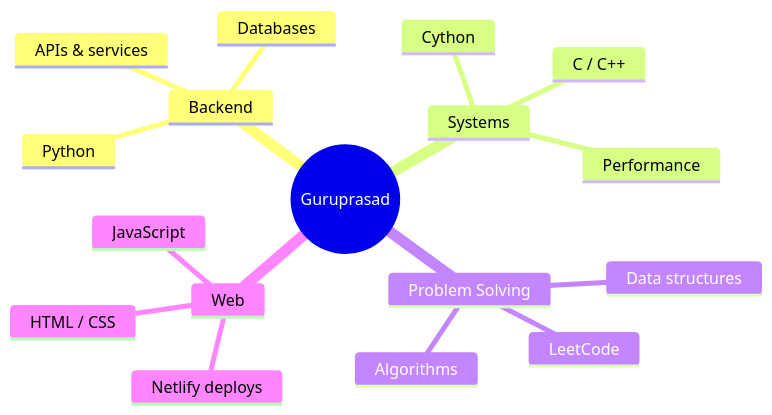
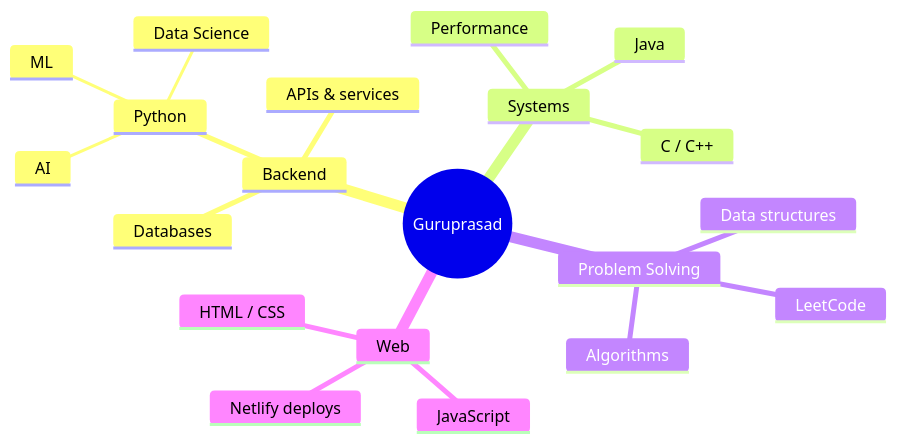
One commit to GURUPRASAD178/GURUPRASAD178 changed the diagram in README.md. Above: the diagram before and after it, drawn with Mermaid.

````diff
--- a/README.md
+++ b/README.md
@@ -65,20 +65,23 @@
 ```mermaid
 mindmap
   root((Guruprasad))
     Backend
       APIs & services
       Databases
       Python
+          AI
+          ML
+          Data Science
     Systems
       C / C++
-      Cython
+      Java
       Performance
     Problem Solving
       Data structures
       Algorithms
       LeetCode
     Web
       HTML / CSS
       JavaScript
       Netlify deploys
 ```
````
